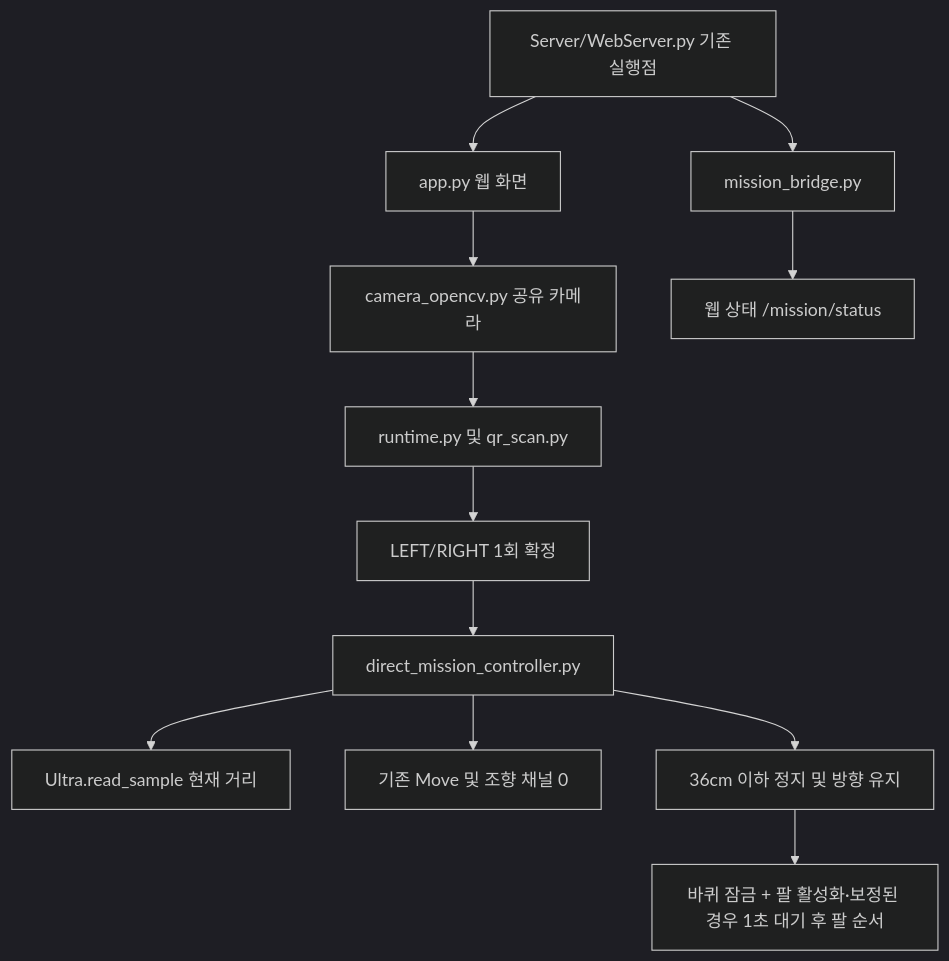
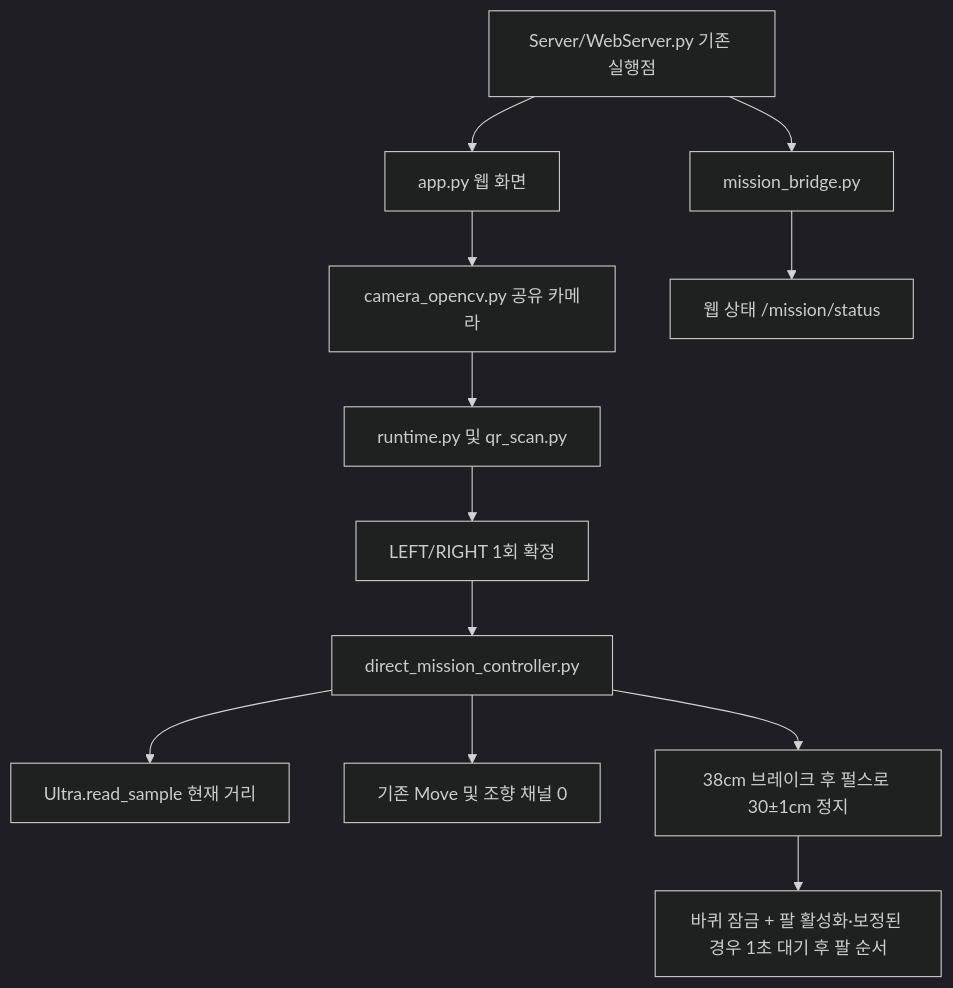
One commit to goldpiggg/picar changed the diagram in README.md. Above: the diagram before and after it, drawn with Mermaid (dark theme). The commit also changed other lines of this file and 10 other files, not shown here.

````diff
--- a/README.md
+++ b/README.md
@@ -28,14 +47,14 @@
 ```mermaid
 flowchart TD
     W[Server/WebServer.py 기존 실행점] --> B[mission_bridge.py]
     W --> A[app.py 웹 화면]
     A --> C[camera_opencv.py 공유 카메라]
     C --> Q[runtime.py 및 qr_scan.py]
     Q --> R[LEFT/RIGHT 1회 확정]
     R --> D[direct_mission_controller.py]
     D --> U[Ultra.read_sample 현재 거리]
     D --> M[기존 Move 및 조향 채널 0]
-    D --> S[36cm 이하 정지 및 방향 유지]
+    D --> S[38cm 브레이크 후 펄스로 30±1cm 정지]
     S --> H[바퀴 잠금 + 팔 활성화·보정된 경우 1초 대기 후 팔 순서]
     B --> P[웹 상태 /mission/status]
 ```
````
